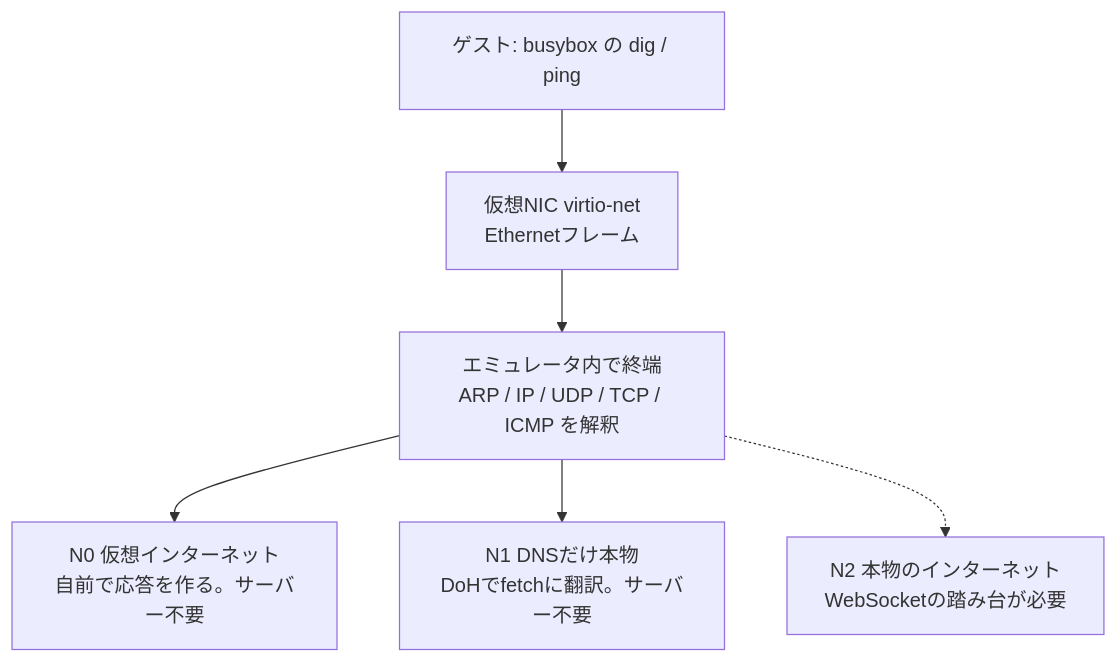
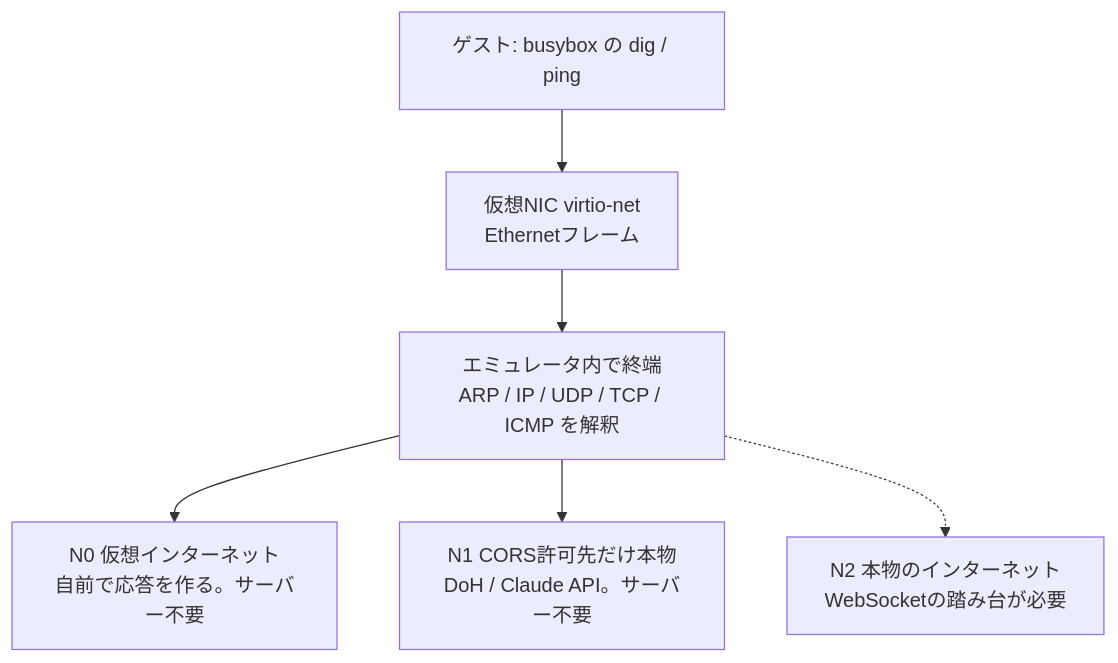
One commit to yoshiharu-ishii/rustx86 changed the diagram in docs/adr/0003-networking-in-the-browser.md. Above: the diagram before and after it, drawn with Mermaid. The commit also changed other lines of this file and 1 other file, not shown here.

````diff
--- a/docs/adr/0003-networking-in-the-browser.md
+++ b/docs/adr/0003-networking-in-the-browser.md
@@ -44,8 +44,8 @@
 ```mermaid
 flowchart TB
     G["ゲスト: busybox の dig / ping"] --> NIC["仮想NIC virtio-net<br>Ethernetフレーム"]
     NIC --> STACK["エミュレータ内で終端<br>ARP / IP / UDP / TCP / ICMP を解釈"]
     STACK --> N0["N0 仮想インターネット<br>自前で応答を作る。サーバー不要"]
-    STACK --> N1["N1 DNSだけ本物<br>DoHでfetchに翻訳。サーバー不要"]
+    STACK --> N1["N1 CORS許可先だけ本物<br>DoH / Claude API。サーバー不要"]
     STACK -.-> N2["N2 本物のインターネット<br>WebSocketの踏み台が必要"]
 ```
````
